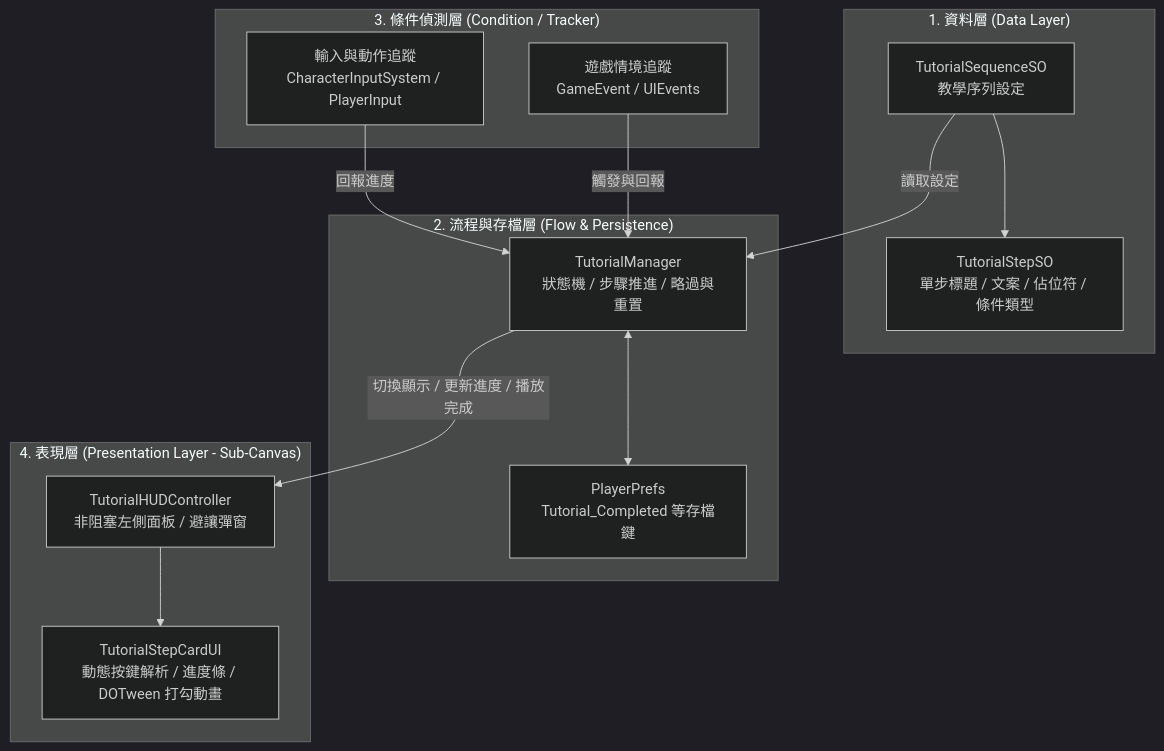
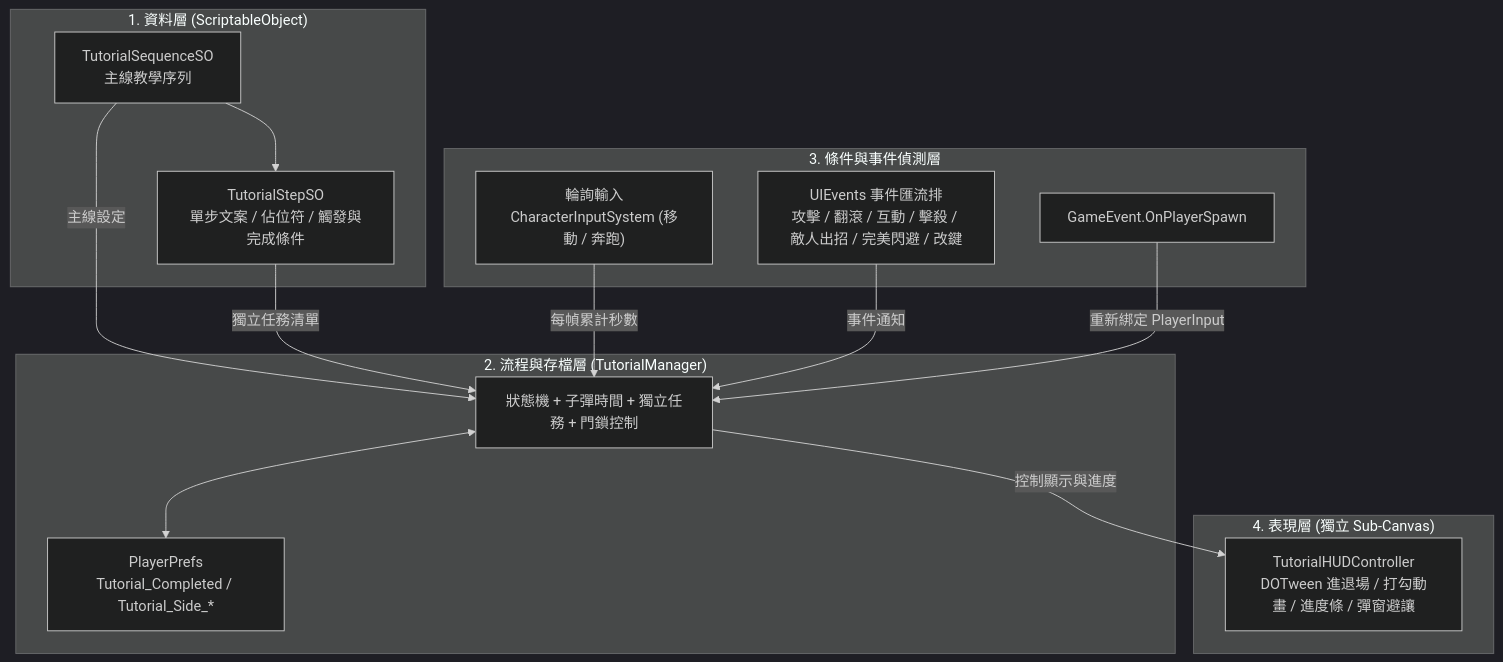
The diagram in INTERACTIVE_TUTORIAL_SYSTEM_SPEC.md (ASSHRiving/Dungeon), drawn with Mermaid (dark theme) before and after one commit. The commit also changed other lines of this file and 4 other files, not shown here.

````diff
--- a/INTERACTIVE_TUTORIAL_SYSTEM_SPEC.md
+++ b/INTERACTIVE_TUTORIAL_SYSTEM_SPEC.md
@@ -41,30 +24,31 @@
 ```mermaid
 flowchart TD
-    subgraph Data["1. 資料層 (Data Layer)"]
-        SeqSO["TutorialSequenceSO<br>教學序列設定"]
-        StepSO["TutorialStepSO<br>單步標題 / 文案 / 佔位符 / 條件類型"]
+    subgraph Data["1. 資料層 (ScriptableObject)"]
+        SeqSO["TutorialSequenceSO<br>主線教學序列"]
+        StepSO["TutorialStepSO<br>單步文案 / 佔位符 / 觸發與完成條件"]
         SeqSO --> StepSO
     end
 
-    subgraph Flow["2. 流程與存檔層 (Flow & Persistence)"]
-        TM["TutorialManager<br>狀態機 / 步驟推進 / 略過與重置"]
-        PP["PlayerPrefs<br>Tutorial_Completed 等存檔鍵"]
-        TM <--> PP
+    subgraph Events["3. 條件與事件偵測層"]
+        Input["輪詢輸入<br>CharacterInputSystem (移動 / 奔跑)"]
+        Bus["UIEvents 事件匯流排<br>攻擊 / 翻滾 / 互動 / 擊殺 / 敵人出招 / 完美閃避 / 改鍵"]
+        GameEv["GameEvent.OnPlayerSpawn"]
     end
 
-    subgraph Tracker["3. 條件偵測層 (Condition / Tracker)"]
-        InputT["輸入與動作追蹤<br>CharacterInputSystem / PlayerInput"]
-        EventT["遊戲情境追蹤<br>GameEvent / UIEvents"]
+    subgraph Flow["2. 流程與存檔層 (TutorialManager)"]
+        SM["狀態機 + 子彈時間 + 獨立任務 + 門鎖控制"]
+        PP["PlayerPrefs<br>Tutorial_Completed / Tutorial_Side_*"]
+        SM <--> PP
     end
 
-    subgraph UI["4. 表現層 (Presentation Layer - Sub-Canvas)"]
-        HUD["TutorialHUDController<br>非阻塞左側面板 / 避讓彈窗"]
-        Card["TutorialStepCardUI<br>動態按鍵解析 / 進度條 / DOTween 打勾動畫"]
-        HUD --> Card
+    subgraph UI["4. 表現層 (獨立 Sub-Canvas)"]
+        HUD["TutorialHUDController<br>DOTween 進退場 / 打勾動畫 / 進度條 / 彈窗避讓"]
     end
 
-    SeqSO -->|讀取設定| TM
-    InputT -->|回報進度| TM
-    EventT -->|觸發與回報| TM
-    TM -->|切換顯示 / 更新進度 / 播放完成| HUD
+    SeqSO -->|主線設定| SM
+    StepSO -->|獨立任務清單| SM
+    Input -->|每幀累計秒數| SM
+    Bus -->|事件通知| SM
+    GameEv -->|重新綁定 PlayerInput| SM
+    SM -->|控制顯示與進度| HUD
 ```
````
